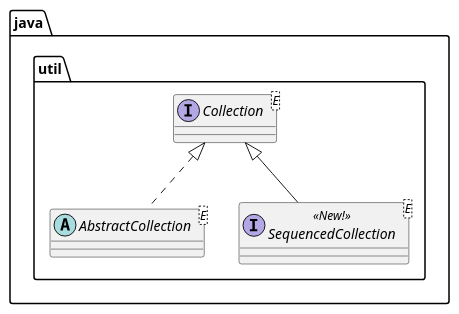
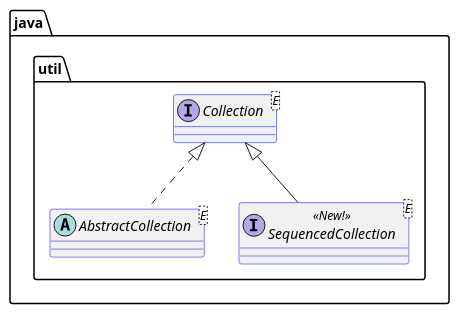
Before and after one commit to ParadoxV5/Java-Collections-Framework: the diagram in include/collection.puml, drawn with PlantUML. The commit also changed 1 other file, not shown here.

```diff
--- a/include/collection.puml
+++ b/include/collection.puml
@@ -1,9 +1,9 @@
 @startuml
 package java.util {
   
-  interface Collection<E>
-  abstract AbstractCollection<E> implements Collection
-  interface SequencedCollection<E> <<New!>> extends Collection
+  interface Collection<E> ##blue
+  abstract AbstractCollection<E> ##blue implements Collection
+  interface SequencedCollection<E> <<New!>> ##blue extends Collection
   
 }
 @enduml
```
